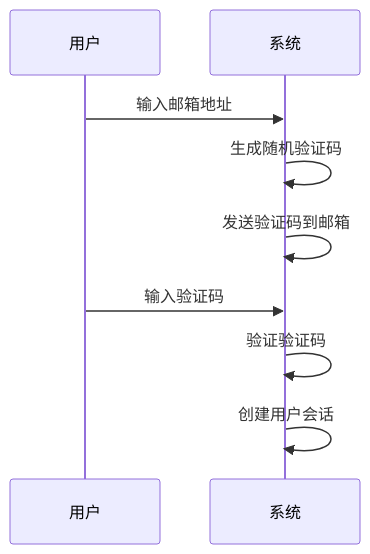
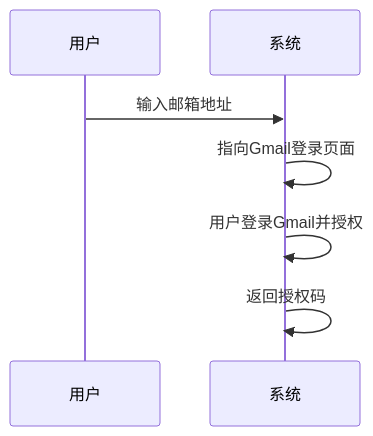
One commit to FeiNiaoBF/MailMind changed the second of 5 diagrams in docs/backend.md. Above: the diagram before and after it, drawn with Mermaid. The commit also changed other lines of this file and 12 other files, not shown here.

````diff
--- a/docs/backend.md
+++ b/docs/backend.md
@@ -31,11 +40,9 @@
 ```mermaid
 sequenceDiagram
     participant 用户
     participant 系统
     用户 ->> 系统: 输入邮箱地址
-    系统 ->> 系统: 生成随机验证码
-    系统 ->> 系统: 发送验证码到邮箱
-    用户 ->> 系统: 输入验证码
-    系统 ->> 系统: 验证验证码
-    系统 ->> 系统: 创建用户会话
+    系统 ->> 系统: 指向Gmail登录页面
+    系统 ->> 系统: 用户登录Gmail并授权
+    系统 ->> 系统: 返回授权码
 ```
````
